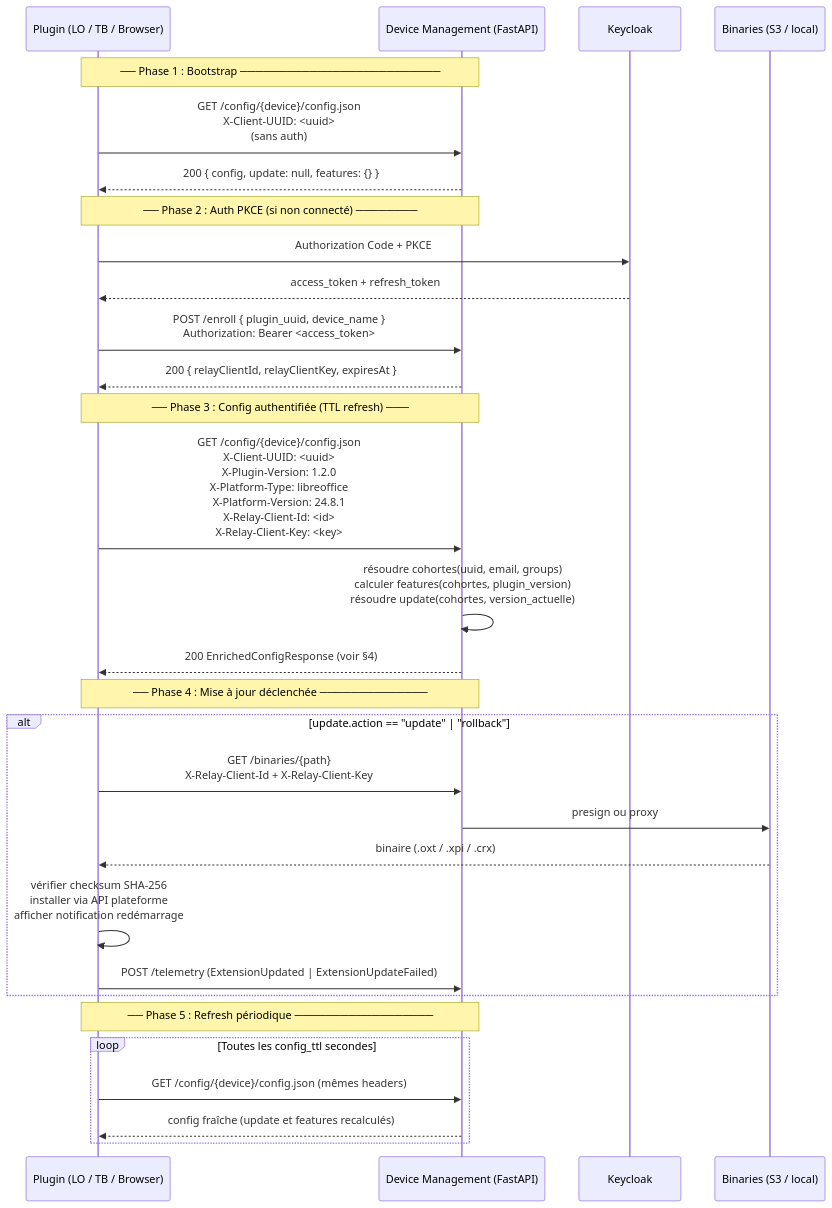
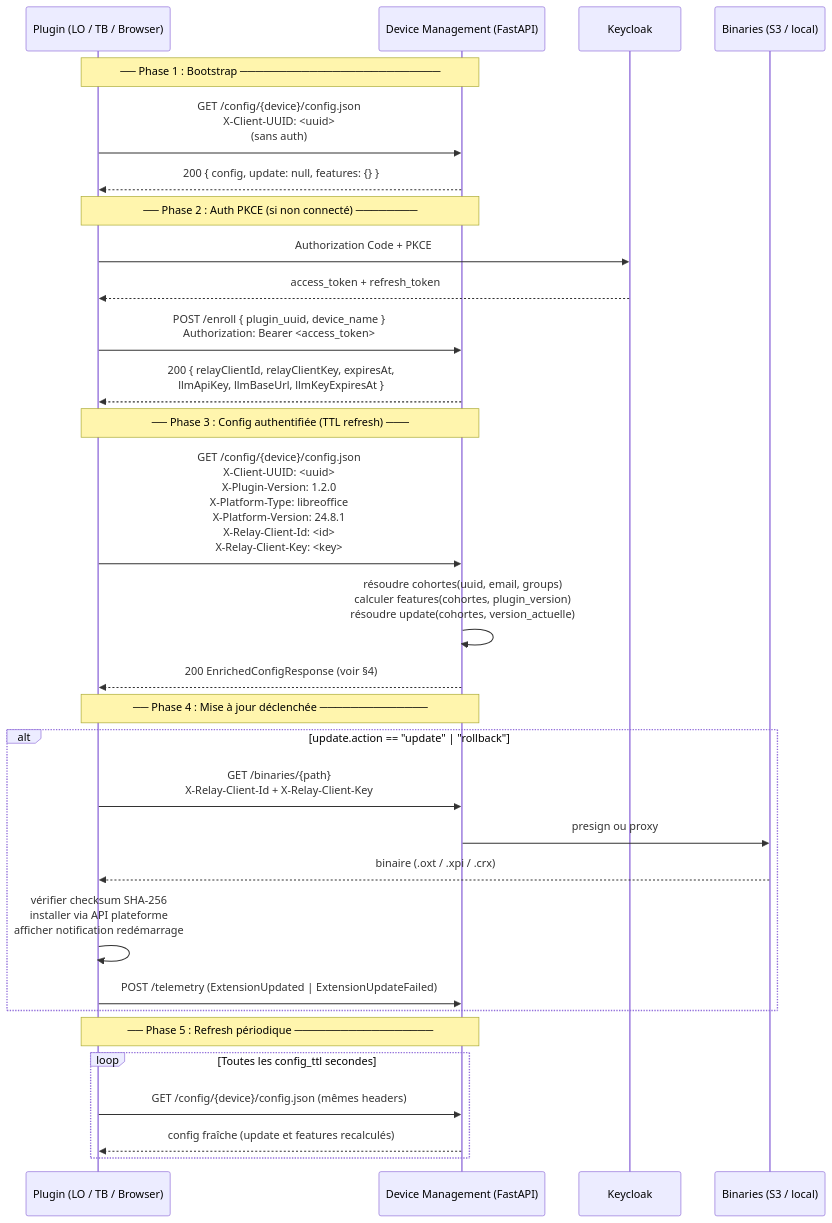
One commit to IA-Generative/device-management changed the first of 5 diagrams in docs/plugin-developer/plugin-dm-protocol-update-features.md. Above: the diagram before and after it, drawn with Mermaid. The commit also changed other lines of this file and 3 other files, not shown here.

````diff
--- a/docs/plugin-developer/plugin-dm-protocol-update-features.md
+++ b/docs/plugin-developer/plugin-dm-protocol-update-features.md
@@ -10,37 +10,37 @@
 ```mermaid
 sequenceDiagram
     participant P  as Plugin (LO / TB / Browser)
     participant DM as Device Management (FastAPI)
     participant KC as Keycloak
     participant S3 as Binaries (S3 / local)
 
     Note over P,DM: ── Phase 1 : Bootstrap ──────────────────────────
     P->>DM: GET /config/{device}/config.json<br/>X-Client-UUID: <uuid><br/>(sans auth)
     DM-->>P: 200 { config, update: null, features: {} }
 
     Note over P,DM: ── Phase 2 : Auth PKCE (si non connecté) ────────
     P->>KC: Authorization Code + PKCE
     KC-->>P: access_token + refresh_token
     P->>DM: POST /enroll  { plugin_uuid, device_name }<br/>Authorization: Bearer <access_token>
-    DM-->>P: 200 { relayClientId, relayClientKey, expiresAt }
+    DM-->>P: 200 { relayClientId, relayClientKey, expiresAt,<br/>llmApiKey, llmBaseUrl, llmKeyExpiresAt }
 
     Note over P,DM: ── Phase 3 : Config authentifiée (TTL refresh) ───
     P->>DM: GET /config/{device}/config.json<br/>X-Client-UUID: <uuid><br/>X-Plugin-Version: 1.2.0<br/>X-Platform-Type: libreoffice<br/>X-Platform-Version: 24.8.1<br/>X-Relay-Client-Id: <id><br/>X-Relay-Client-Key: <key>
     DM->>DM: résoudre cohortes(uuid, email, groups)<br/>calculer features(cohortes, plugin_version)<br/>résoudre update(cohortes, version_actuelle)
     DM-->>P: 200 EnrichedConfigResponse (voir §4)
 
     Note over P,DM: ── Phase 4 : Mise à jour déclenchée ──────────────
     alt update.action == "update" | "rollback"
         P->>DM: GET /binaries/{path}<br/>X-Relay-Client-Id + X-Relay-Client-Key
         DM->>S3: presign ou proxy
         S3-->>P: binaire (.oxt / .xpi / .crx)
         P->>P: vérifier checksum SHA-256<br/>installer via API plateforme<br/>afficher notification redémarrage
         P->>DM: POST /telemetry (ExtensionUpdated | ExtensionUpdateFailed)
     end
 
     Note over P,DM: ── Phase 5 : Refresh périodique ──────────────────
     loop Toutes les config_ttl secondes
         P->>DM: GET /config/{device}/config.json (mêmes headers)
         DM-->>P: config fraîche (update et features recalculés)
     end
 ```
````
